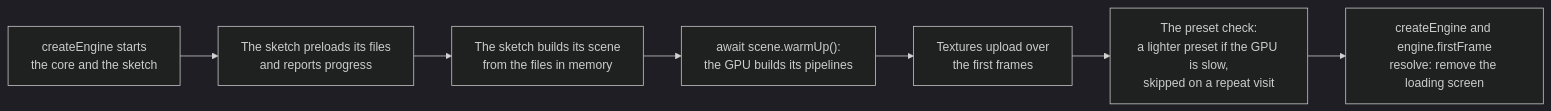
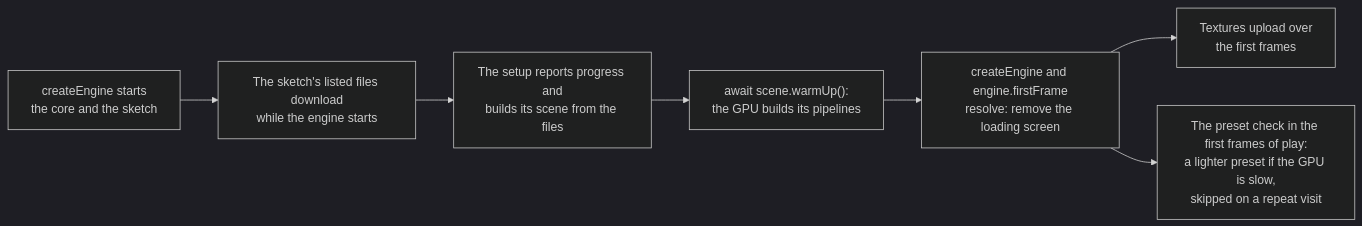
Before and after one commit to null3d-engine/null3d: the diagram in docs/guides/loading-screens.md, drawn with Mermaid (dark theme). The commit also changed other lines of this file and 360 other files, not shown here.

First line of the commit message:
perf: start the engine, the demos and apps faster (#567)

````diff
--- a/docs/guides/loading-screens.md
+++ b/docs/guides/loading-screens.md
@@ -13,9 +13,9 @@
 ```mermaid
 flowchart LR
-    start["createEngine starts<br/>the core and the sketch"] --> preload["The sketch preloads its files<br/>and reports progress"]
-    preload --> setup["The sketch builds its scene<br/>from the files in memory"]
+    start["createEngine starts<br/>the core and the sketch"] --> preload["The sketch's listed files download<br/>while the engine starts"]
+    preload --> setup["The setup reports progress and<br/>builds its scene from the files"]
     setup --> warm["await scene.warmUp():<br/>the GPU builds its pipelines"]
-    warm --> uploads["Textures upload over<br/>the first frames"]
-    uploads --> check["The preset check:<br/>a lighter preset if the GPU is slow,<br/>skipped on a repeat visit"]
-    check --> first["createEngine and engine.firstFrame<br/>resolve: remove the loading screen"]
+    warm --> first["createEngine and engine.firstFrame<br/>resolve: remove the loading screen"]
+    first --> uploads["Textures upload over<br/>the first frames"]
+    first --> check["The preset check in the first frames of play:<br/>a lighter preset if the GPU is slow,<br/>skipped on a repeat visit"]
 ```
````
